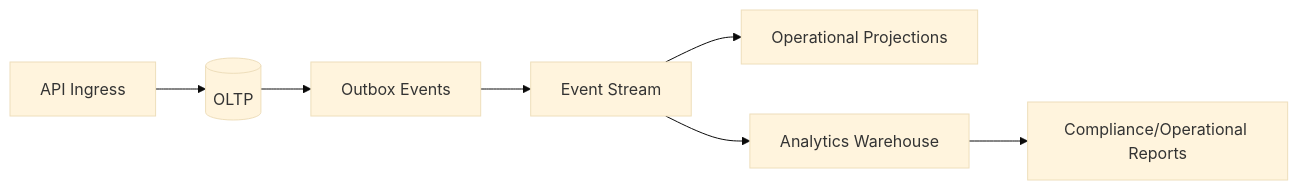
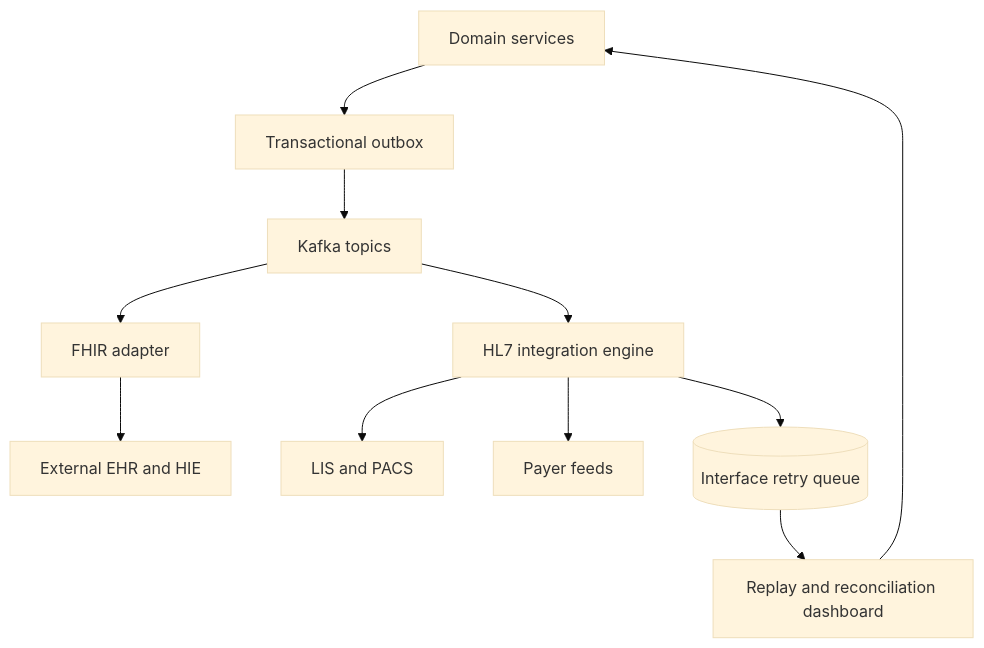
Before and after one commit to 0Ankit0/Project-Ideas: the fourth of 4 diagrams in Hospital Information System/high-level-design/data-flow-diagrams.md, drawn with Mermaid (base theme). The commit also changed other lines of this file and 18 other files, not shown here.

````diff
--- a/Hospital Information System/high-level-design/data-flow-diagrams.md
+++ b/Hospital Information System/high-level-design/data-flow-diagrams.md
@@ -39,9 +81,13 @@
 ```mermaid
-flowchart LR
-    Ingress[API Ingress] --> Txn[(OLTP)]
-    Txn --> Outbox[Outbox Events]
-    Outbox --> Stream[Event Stream]
-    Stream --> Proj[Operational Projections]
-    Stream --> WH[Analytics Warehouse]
-    WH --> Reports[Compliance/Operational Reports]
+flowchart TB
+    Domains[Domain services] --> Outbox[Transactional outbox]
+    Outbox --> Kafka[Kafka topics]
+    Kafka --> FHIR[FHIR adapter]
+    Kafka --> HL7[HL7 integration engine]
+    FHIR --> HIE[External EHR and HIE]
+    HL7 --> LIS[LIS and PACS]
+    HL7 --> Payer[Payer feeds]
+    HL7 --> Retry[(Interface retry queue)]
+    Retry --> Reconcile[Replay and reconciliation dashboard]
+    Reconcile --> Domains
 ```
````
